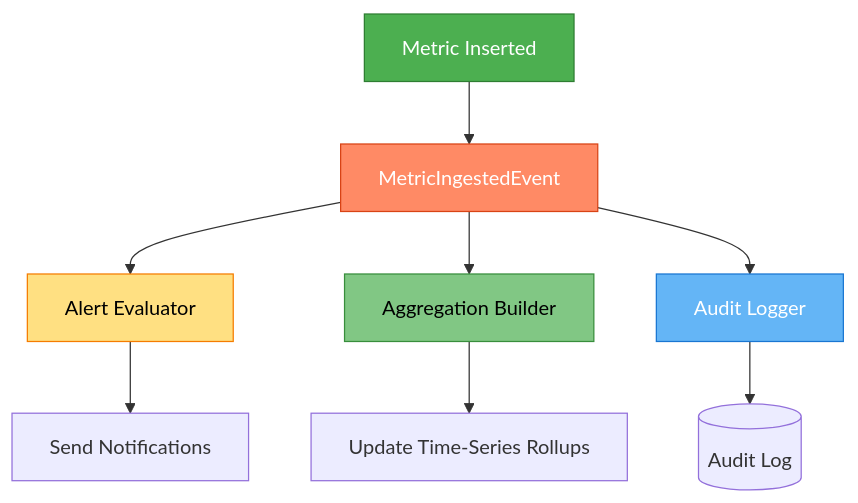
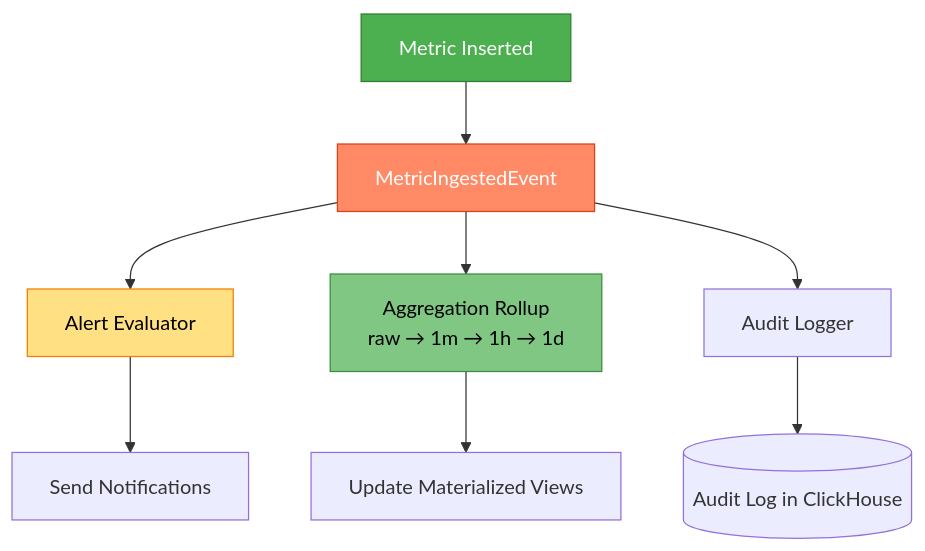
The third of 4 diagrams in tfo-otel/INGESTION-FLOW.md (telemetryflow/telemetryflow-overview), drawn with Mermaid before and after one commit. The commit also changed other lines of this file and 68 other files, not shown here.

````diff
--- a/tfo-otel/INGESTION-FLOW.md
+++ b/tfo-otel/INGESTION-FLOW.md
@@ -572,18 +409,17 @@
 ```mermaid
 graph TB
-    METRIC[Metric Inserted] --> EVENT1[MetricIngestedEvent]
+    METRIC[Metric Inserted] --> EVENT[MetricIngestedEvent]
 
-    EVENT1 --> ALERT[Alert Evaluator]
-    EVENT1 --> AGG[Aggregation Builder]
-    EVENT1 --> AUDIT[Audit Logger]
+    EVENT --> ALERT[Alert Evaluator]
+    EVENT --> AGG[Aggregation Rollup<br/>raw → 1m → 1h → 1d]
+    EVENT --> AUDIT[Audit Logger]
 
     ALERT --> NOTIFY[Send Notifications]
-    AGG --> TIMESERIES[Update Time-Series Rollups]
-    AUDIT --> AUDITLOG[(Audit Log)]
+    AGG --> MV[Update Materialized Views]
+    AUDIT --> LOG[(Audit Log in ClickHouse)]
 
     style METRIC fill:#4CAF50,stroke:#2E7D32,color:#fff
-    style EVENT1 fill:#FF8A65,stroke:#D84315,color:#fff
+    style EVENT fill:#FF8A65,stroke:#D84315,color:#fff
     style ALERT fill:#FFE082,stroke:#F57C00,color:#000
     style AGG fill:#81C784,stroke:#388E3C,color:#000
-    style AUDIT fill:#64B5F6,stroke:#1976D2,color:#fff
 ```
````
